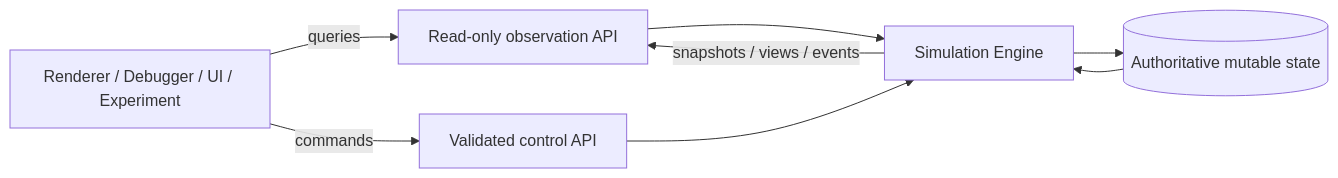
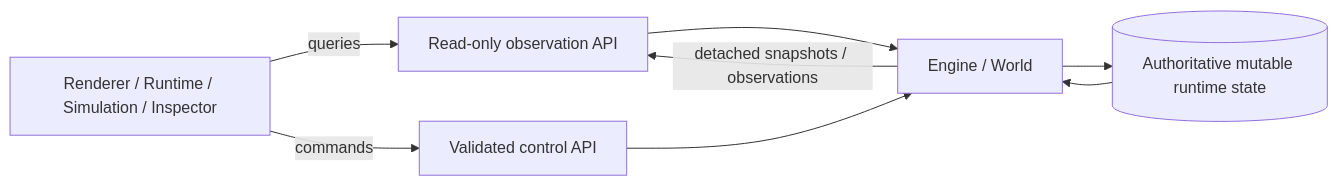
Before and after one commit to fa-ribeiro/vLab2D: the seventh of 7 diagrams in docs/project/project-map.md, drawn with Mermaid. The commit also changed other lines of this file and 6 other files, not shown here.

Commit message:
docs(project): record architecture roadmap

````diff
--- a/docs/project/project-map.md
+++ b/docs/project/project-map.md
@@ -97,10 +158,10 @@
 ```mermaid
 flowchart LR
-    EXT[Renderer / Debugger / UI / Experiment] -->|queries| Q[Read-only observation API]
-    Q --> ENG[Simulation Engine]
+    EXT[Renderer / Runtime / Simulation / Inspector] -->|queries| Q[Read-only observation API]
+    Q --> ENG[Engine / World]
     EXT -->|commands| C[Validated control API]
     C --> ENG
-    ENG --> STATE[(Authoritative mutable state)]
+    ENG --> STATE[(Authoritative mutable runtime state)]
     STATE --> ENG
-    ENG -->|snapshots / views / events| Q
+    ENG -->|detached snapshots / observations| Q
 ```
````
